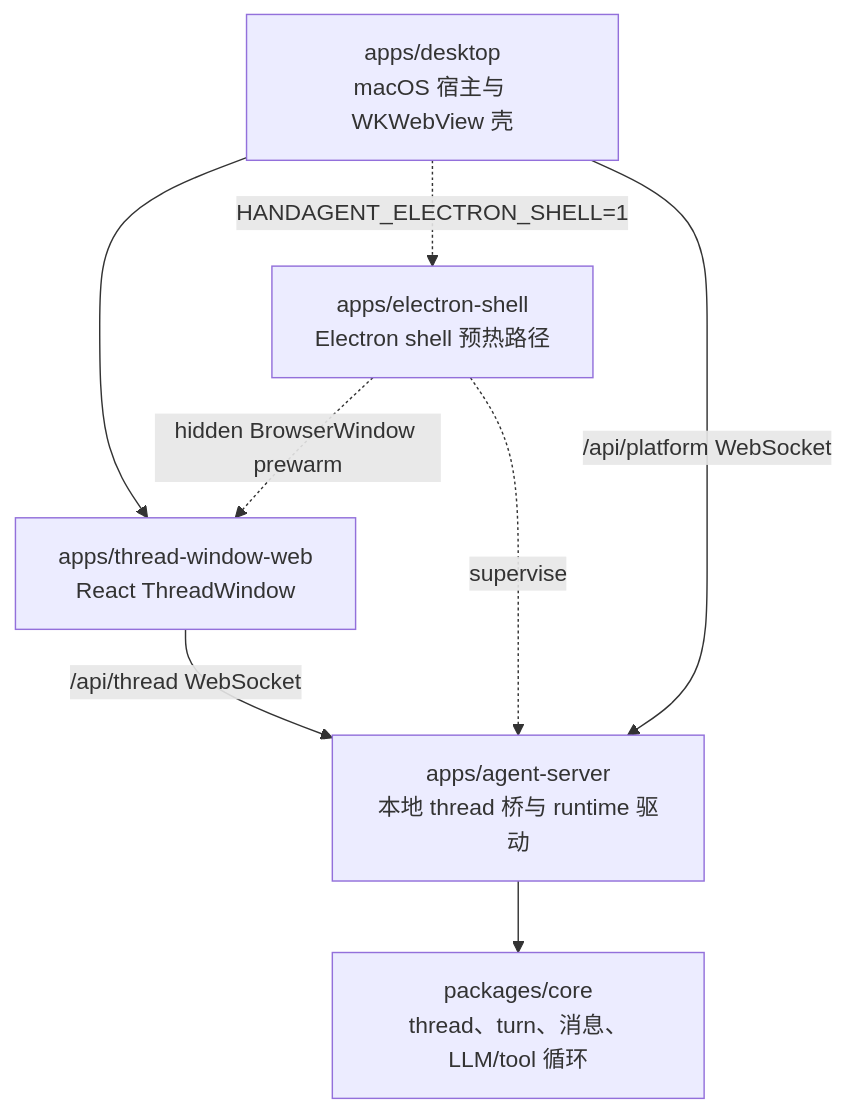
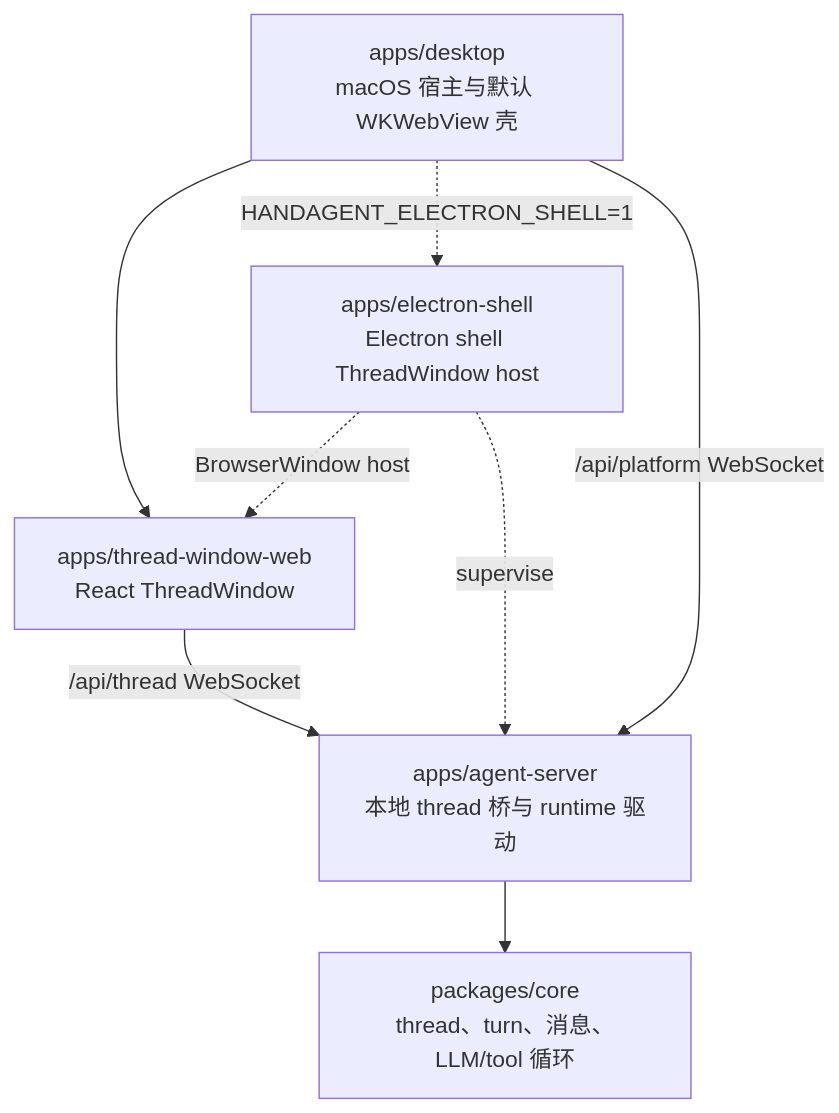
Before and after one commit to Lixuhang987/SpotAgent: the first of 2 diagrams in handAgent.md, drawn with Mermaid. The commit also changed other lines of this file and 8 other files, not shown here.

Commit message:
docs: update electron thread window phase one

````diff
--- a/handAgent.md
+++ b/handAgent.md
@@ -22,10 +22,10 @@
 ```mermaid
 flowchart TD
-  A[apps/desktop<br/>macOS 宿主与 WKWebView 壳] --> W[apps/thread-window-web<br/>React ThreadWindow]
-  A -. HANDAGENT_ELECTRON_SHELL=1 .-> E[apps/electron-shell<br/>Electron shell 预热路径]
-  E -. hidden BrowserWindow prewarm .-> W
+  A[apps/desktop<br/>macOS 宿主与默认 WKWebView 壳] --> W[apps/thread-window-web<br/>React ThreadWindow]
+  A -. HANDAGENT_ELECTRON_SHELL=1 .-> E[apps/electron-shell<br/>Electron shell ThreadWindow host]
+  E -. BrowserWindow host .-> W
   E -. supervise .-> B
   W -->|/api/thread WebSocket| B[apps/agent-server<br/>本地 thread 桥与 runtime 驱动]
   A -->|/api/platform WebSocket| B
   B --> C[packages/core<br/>thread、turn、消息、LLM/tool 循环]
 ```
````
